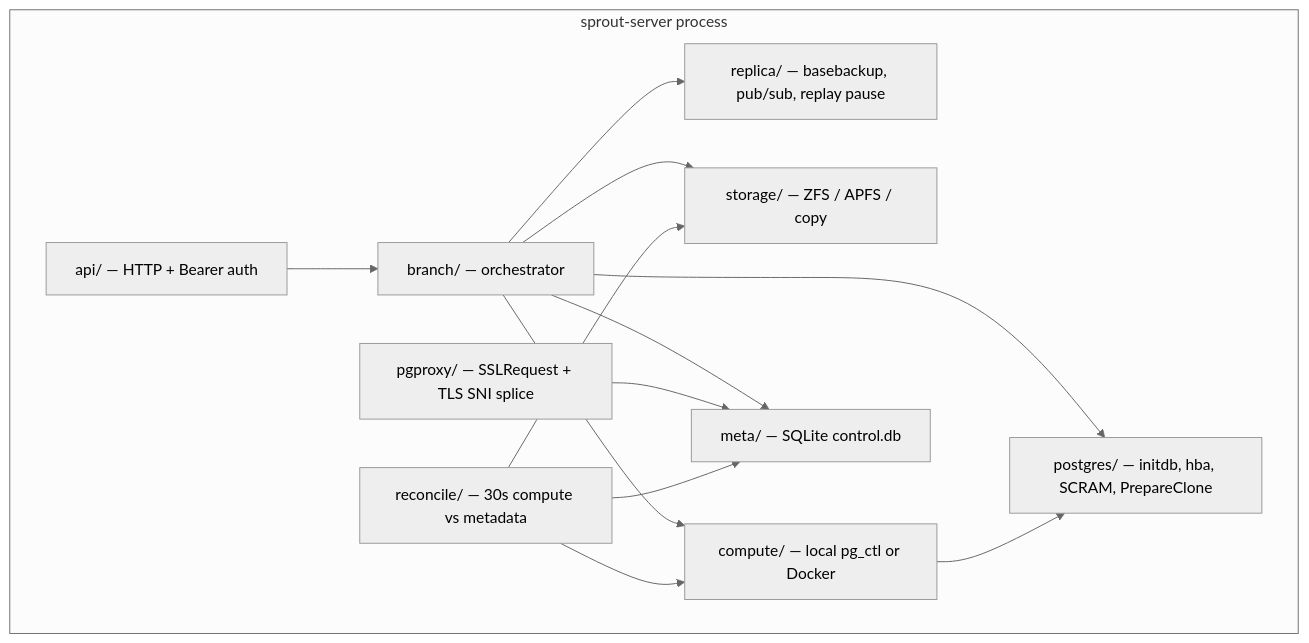
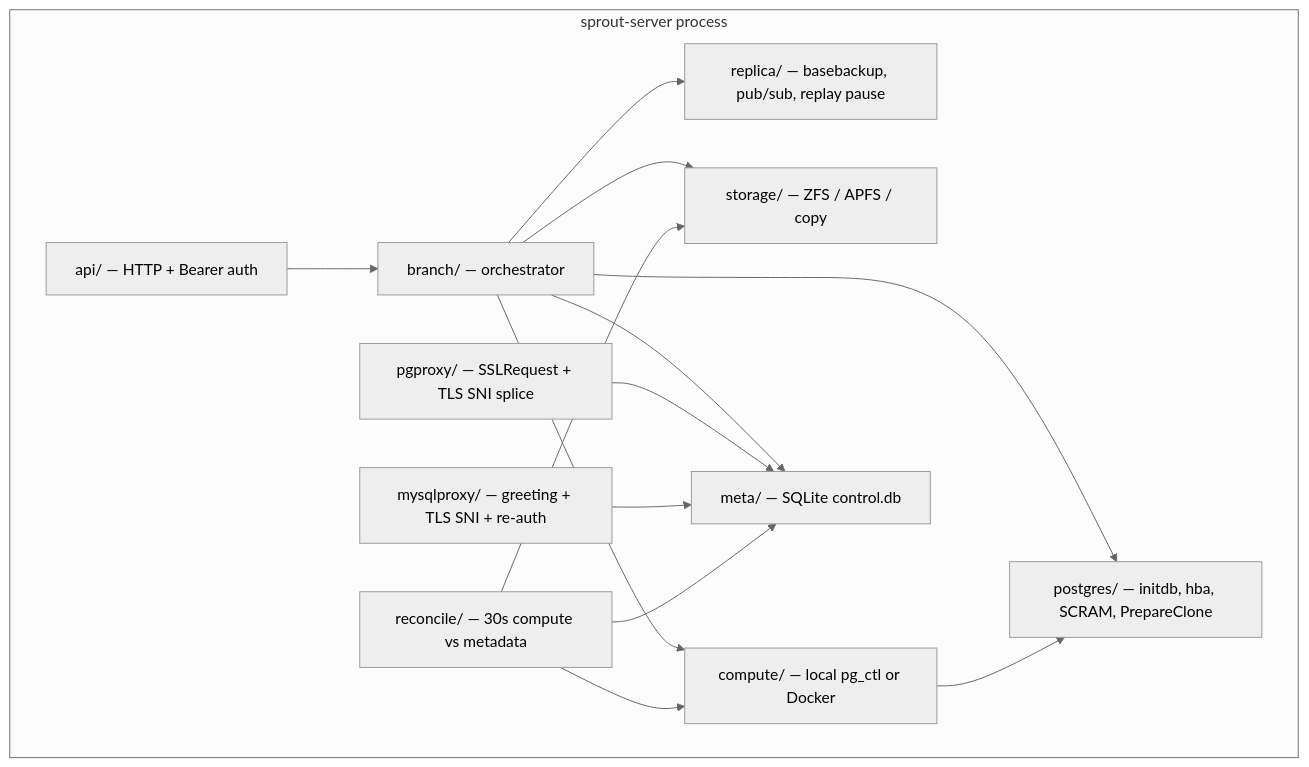
The second of 7 diagrams in ARCHITECTURE.md (adityaraj-09/sprout), drawn with Mermaid (neutral theme) before and after one commit. The commit also changed other lines of this file and 17 other files, not shown here.

````diff
--- a/ARCHITECTURE.md
+++ b/ARCHITECTURE.md
@@ -48,26 +48,28 @@
 ```mermaid
 flowchart TB
   subgraph proc ["sprout-server process"]
     HTTP["api/ — HTTP + Bearer auth"]
     ORCH["branch/ — orchestrator"]
     REP["replica/ — basebackup, pub/sub, replay pause"]
     ST["storage/ — ZFS / APFS / copy"]
     CMP["compute/ — local pg_ctl or Docker"]
     PG["postgres/ — initdb, hba, SCRAM, PrepareClone"]
     PXP["pgproxy/ — SSLRequest + TLS SNI splice"]
+    MXP["mysqlproxy/ — greeting + TLS SNI + re-auth"]
     REC["reconcile/ — 30s compute vs metadata"]
     META["meta/ — SQLite control.db"]
   end
 
   HTTP --> ORCH
   ORCH --> REP
   ORCH --> ST
   ORCH --> CMP
   ORCH --> PG
   ORCH --> META
   PXP --> META
+  MXP --> META
   REC --> META
   REC --> CMP
   REC --> ST
   CMP --> PG
 ```
````
